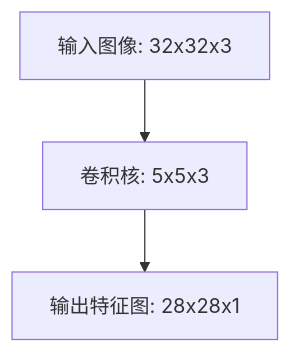
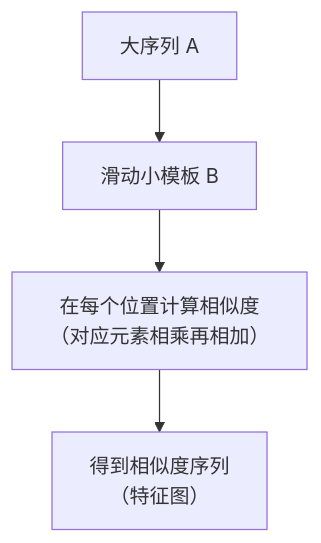
The first of 10 diagrams in docs/AI/2.深度学习/4.卷积神经网络/index.md (Kgumo/Note), drawn with Mermaid before and after one commit. The commit also changed other lines of this file and 60 other files, not shown here.

````diff
--- a/docs/AI/2.深度学习/4.卷积神经网络/index.md
+++ b/docs/AI/2.深度学习/4.卷积神经网络/index.md
@@ -90,5 +37,6 @@
 ```mermaid
-graph TD
-A[输入图像: 32x32x3] --> B[卷积核: 5x5x3]
-B --> C[输出特征图: 28x28x1]
+flowchart TD
+A[大序列 A] --> B[滑动小模板 B]
+B --> C[在每个位置计算相似度<br>（对应元素相乘再相加）]
+C --> D[得到相似度序列<br>（特征图）]
 ```
````
